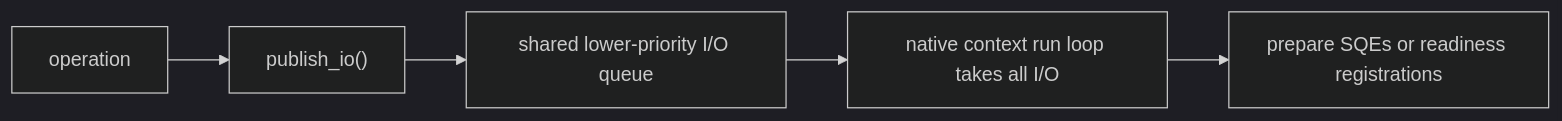
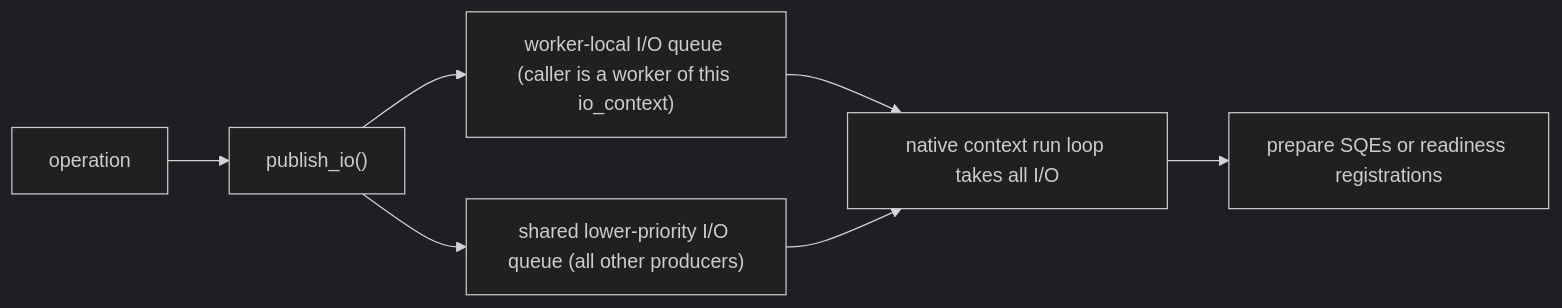
One commit to haomingbai/bnio changed the first of 3 diagrams in docs/design/architecture/io-context-layer.md. Above: the diagram before and after it, drawn with Mermaid (dark theme). The commit also changed other lines of this file and 4 other files, not shown here.

First line of the commit message:
docs: describe the worker-local I/O queue and two-path publication

````diff
--- a/docs/design/architecture/io-context-layer.md
+++ b/docs/design/architecture/io-context-layer.md
@@ -36,7 +37,9 @@
 ```mermaid
 graph LR
     I["operation"] --> E["publish_io()"]
-    E --> Q["shared lower-priority I/O queue"]
-    Q --> W["native context run loop takes all I/O"]
+    E --> L["worker-local I/O queue (caller is a worker of this io_context)"]
+    E --> Q["shared lower-priority I/O queue (all other producers)"]
+    L --> W["native context run loop takes all I/O"]
+    Q --> W
     W --> U["prepare SQEs or readiness registrations"]
 ```
````
